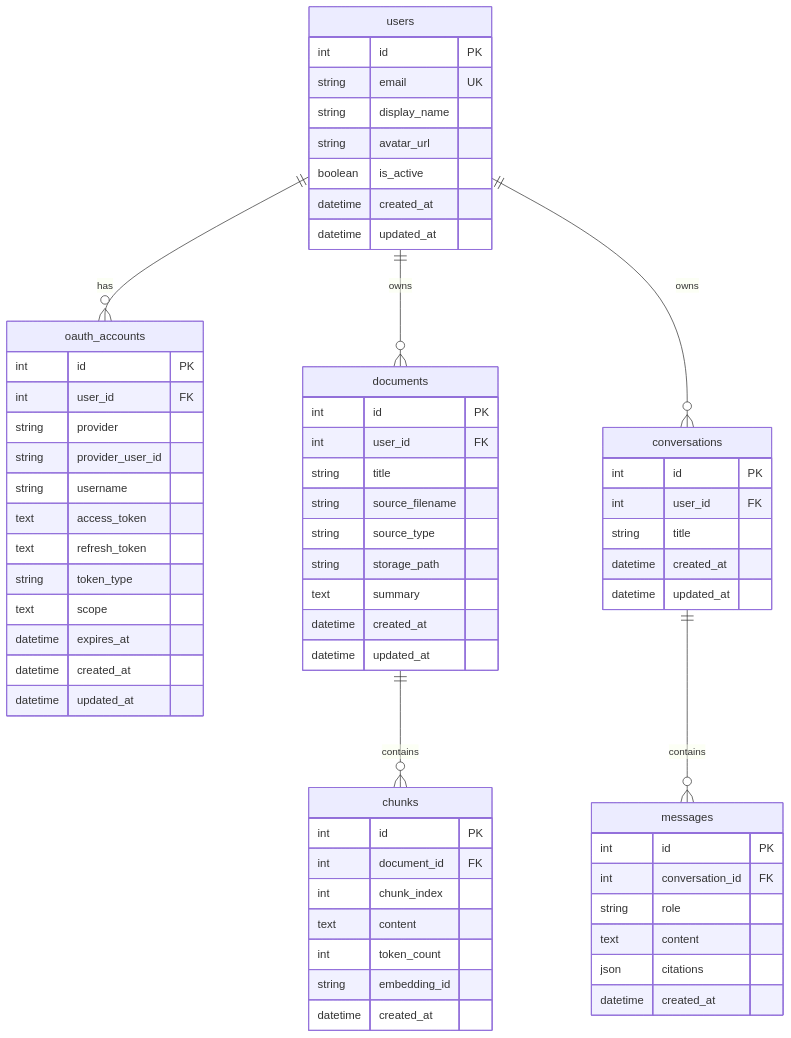
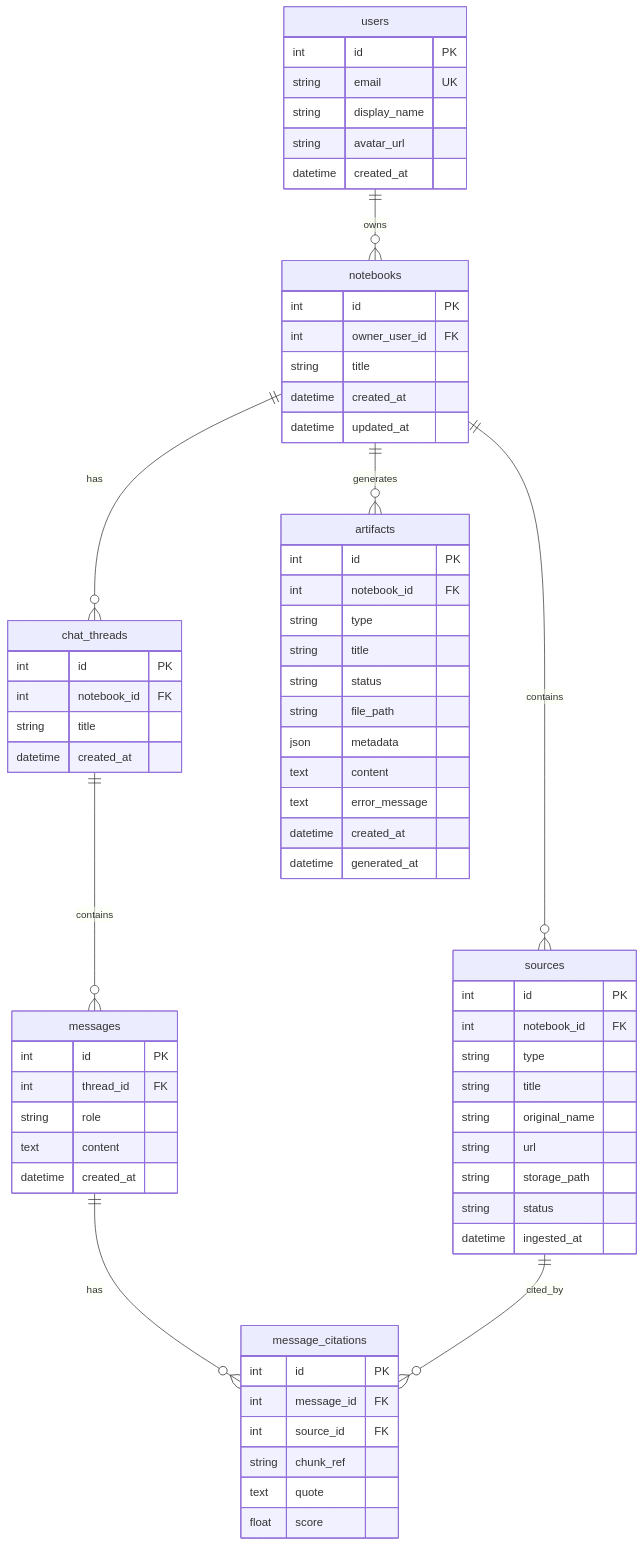
The diagram in ER_DIAGRAM.md (AmeerK11/notbooklm-clone-project), drawn with Mermaid before and after one commit. The commit also changed other lines of this file and 10 other files, not shown here.

Commit message:
Harden upload/storage security, persist chat citations, add design brief and TTS config

````diff
--- a/ER_DIAGRAM.md
+++ b/ER_DIAGRAM.md
@@ -3,72 +3,76 @@
 ```mermaid
 erDiagram
-    users ||--o{ oauth_accounts : has
-    users ||--o{ documents : owns
-    users ||--o{ conversations : owns
-    documents ||--o{ chunks : contains
-    conversations ||--o{ messages : contains
+    users ||--o{ notebooks : owns
+    notebooks ||--o{ sources : contains
+    notebooks ||--o{ chat_threads : has
+    chat_threads ||--o{ messages : contains
+    messages ||--o{ message_citations : has
+    sources ||--o{ message_citations : cited_by
+    notebooks ||--o{ artifacts : generates
 
     users {
         int id PK
         string email UK
         string display_name
         string avatar_url
-        boolean is_active
-        datetime created_at
-        datetime updated_at
-    }
-
-    oauth_accounts {
-        int id PK
-        int user_id FK
-        string provider
-        string provider_user_id
-        string username
-        text access_token
-        text refresh_token
-        string token_type
-        text scope
-        datetime expires_at
-        datetime created_at
-        datetime updated_at
-    }
-
-    documents {
-        int id PK
-        int user_id FK
-        string title
-        string source_filename
-        string source_type
-        string storage_path
-        text summary
-        datetime created_at
-        datetime updated_at
-    }
-
-    chunks {
-        int id PK
-        int document_id FK
-        int chunk_index
-        text content
-        int token_count
-        string embedding_id
         datetime created_at
     }
 
-    conversations {
+    notebooks {
         int id PK
-        int user_id FK
+        int owner_user_id FK
         string title
         datetime created_at
         datetime updated_at
     }
 
+    sources {
+        int id PK
+        int notebook_id FK
+        string type
+        string title
+        string original_name
+        string url
+        string storage_path
+        string status
+        datetime ingested_at
+    }
+
+    chat_threads {
+        int id PK
+        int notebook_id FK
+        string title
+        datetime created_at
+    }
+
     messages {
         int id PK
-        int conversation_id FK
+        int thread_id FK
         string role
         text content
-        json citations
         datetime created_at
     }
+
+    message_citations {
+        int id PK
+        int message_id FK
+        int source_id FK
+        string chunk_ref
+        text quote
+        float score
+    }
+
+    artifacts {
+        int id PK
+        int notebook_id FK
+        string type
+        string title
+        string status
+        string file_path
+        json metadata
+        text content
+        text error_message
+        datetime created_at
+        datetime generated_at
+    }
 ```
````
